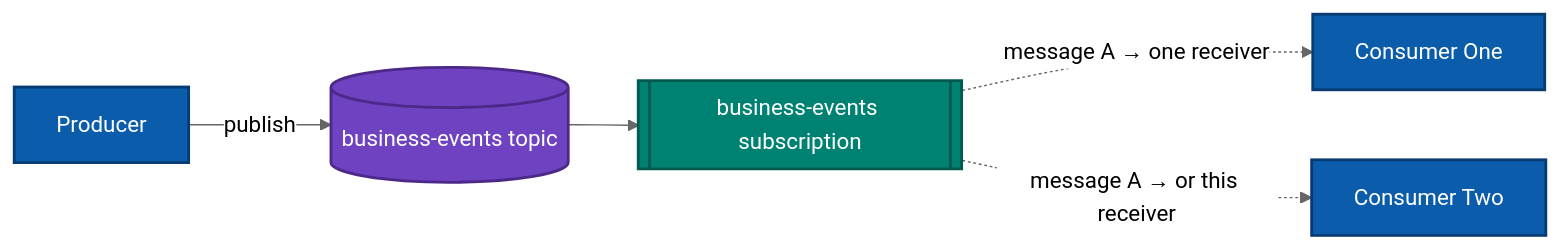
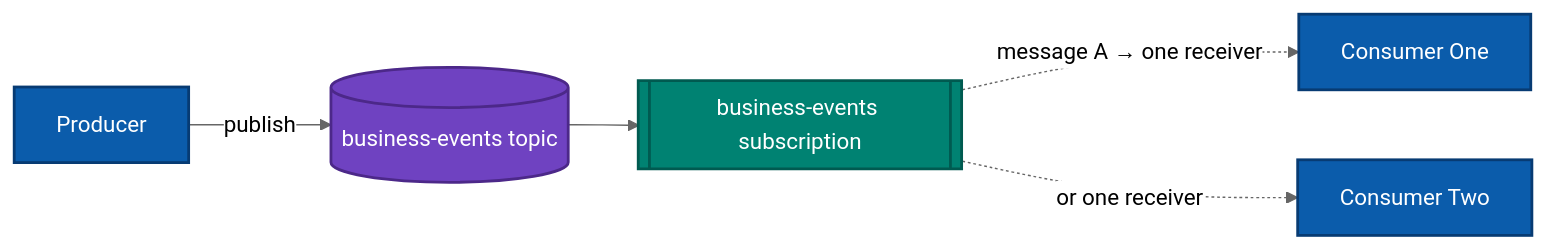
One commit to william-liebenberg/ServiceBusDemo changed the second of 3 diagrams in README.md. Above: the diagram before and after it, drawn with Mermaid (neutral theme). The commit also changed other lines of this file and 8 other files, not shown here.

````diff
--- a/README.md
+++ b/README.md
@@ -55,14 +55,14 @@
 ```mermaid
 flowchart LR
     P[Producer] -->|publish| T[(business-events topic)]
     T --> S[[business-events subscription]]
     S -. "message A → one receiver" .-> C1[Consumer One]
-    S -. "message A → or this receiver" .-> C2[Consumer Two]
+    S -. "or one receiver" .-> C2[Consumer Two]
 
     classDef app fill:#0b5cab,color:#fff,stroke:#073b73,stroke-width:2px;
     classDef topic fill:#6f42c1,color:#fff,stroke:#4c2889,stroke-width:2px;
     classDef subscription fill:#008272,color:#fff,stroke:#005a50,stroke-width:2px;
     class P,C1,C2 app;
     class T topic;
     class S subscription;
 ```
````
